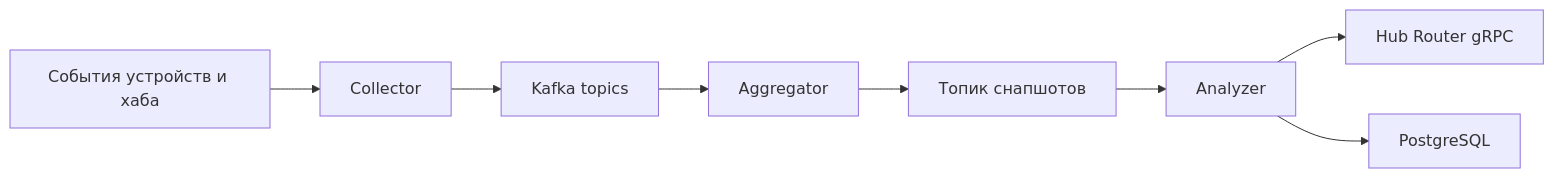
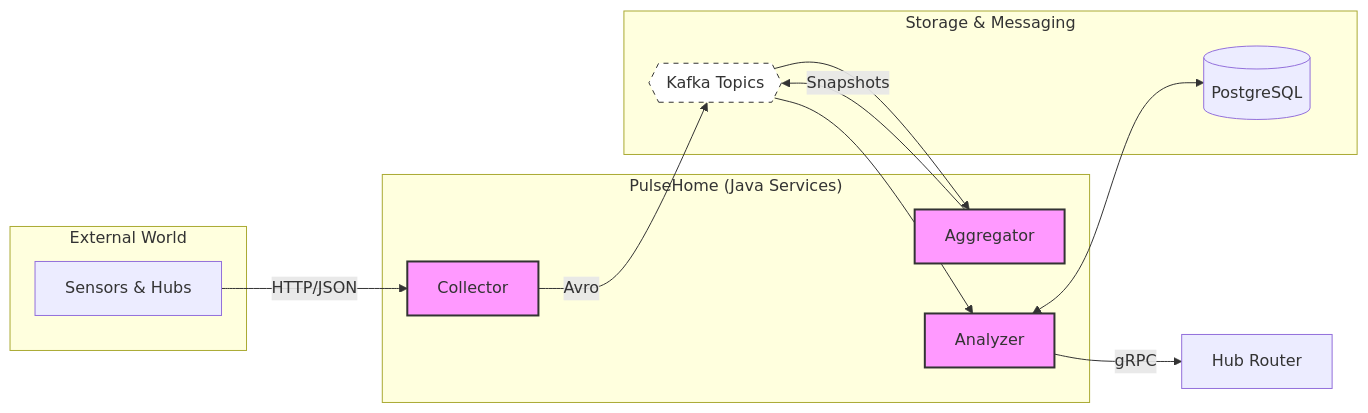
The diagram in README.ru.md (DokPlay/PulseHome), drawn with Mermaid before and after one commit.

Commit message:
Enhance architecture diagram in README.ru.md

````diff
--- a/README.ru.md
+++ b/README.ru.md
@@ -27,10 +27,31 @@
 ```mermaid
 flowchart LR
-    A["События устройств и хаба"] --> B["Collector"]
-    B --> C["Kafka topics"]
-    C --> D["Aggregator"]
-    D --> E["Топик снапшотов"]
-    E --> F["Analyzer"]
-    F --> G["Hub Router gRPC"]
-    F --> H["PostgreSQL"]
+    subgraph Devices ["External World"]
+        A["Sensors & Hubs"]
+    end
+
+    subgraph Platform ["PulseHome (Java Services)"]
+        B["Collector"]
+        D["Aggregator"]
+        F["Analyzer"]
+    end
+
+    subgraph Infra ["Storage & Messaging"]
+        C{{"Kafka Topics"}}
+        H[("PostgreSQL")]
+    end
+
+    A -->|HTTP/JSON| B
+    B -->|Avro| C
+    C --> D
+    D -->|Snapshots| C
+    C --> F
+    F <--> H
+    F -->|gRPC| G["Hub Router"]
+    
+    style B fill:#f9f,stroke:#333,stroke-width:2px
+    style D fill:#f9f,stroke:#333,stroke-width:2px
+    style F fill:#f9f,stroke:#333,stroke-width:2px
+    style C fill:#fff,stroke:#333,stroke-dasharray: 5 5
+
 ```
````
